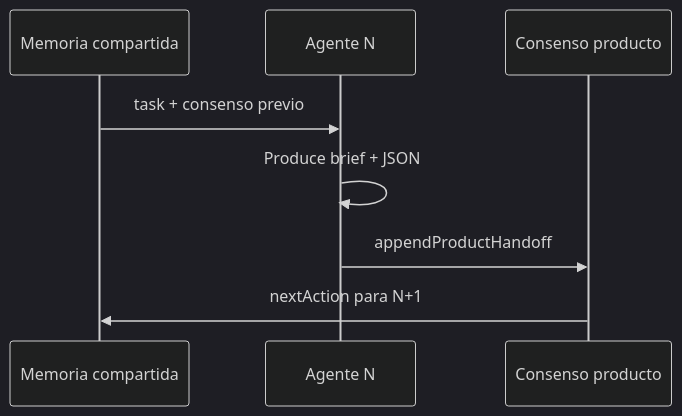
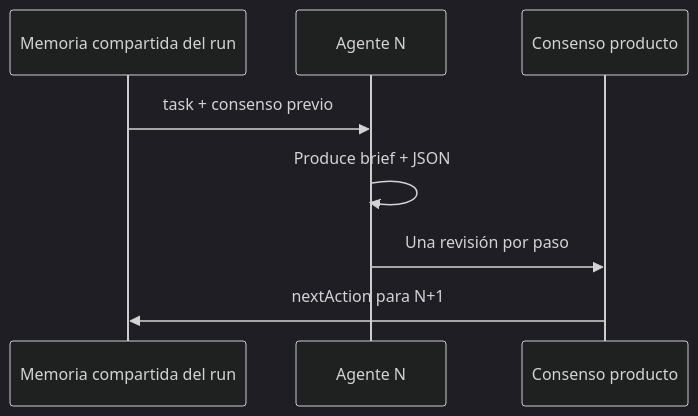
Before and after one commit to kreodevs/ia-company: the second of 3 diagrams in frontend/src/content/help/handoffs.md, drawn with Mermaid (dark theme). The commit also changed other lines of this file and 21 other files, not shown here.

````diff
--- a/frontend/src/content/help/handoffs.md
+++ b/frontend/src/content/help/handoffs.md
@@ -80,10 +82,10 @@
 ```mermaid
 sequenceDiagram
-  participant M as Memoria compartida
+  participant M as Memoria compartida del run
   participant A as Agente N
   participant C as Consenso producto
   M->>A: task + consenso previo
   A->>A: Produce brief + JSON
-  A->>C: appendProductHandoff
+  A->>C: Una revisión por paso
   C->>M: nextAction para N+1
 ```
````
